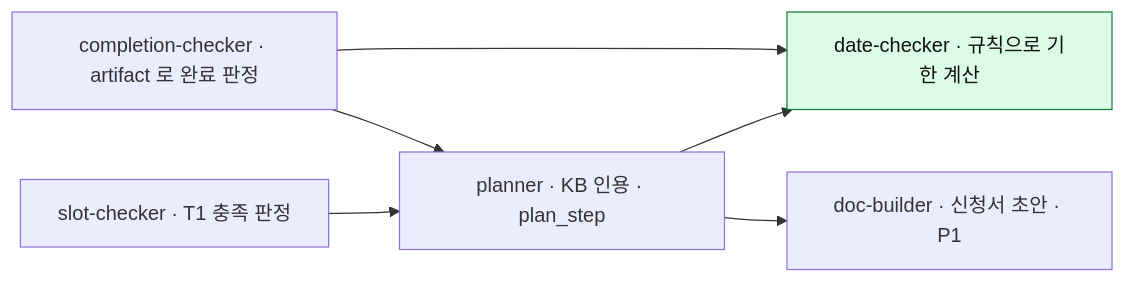
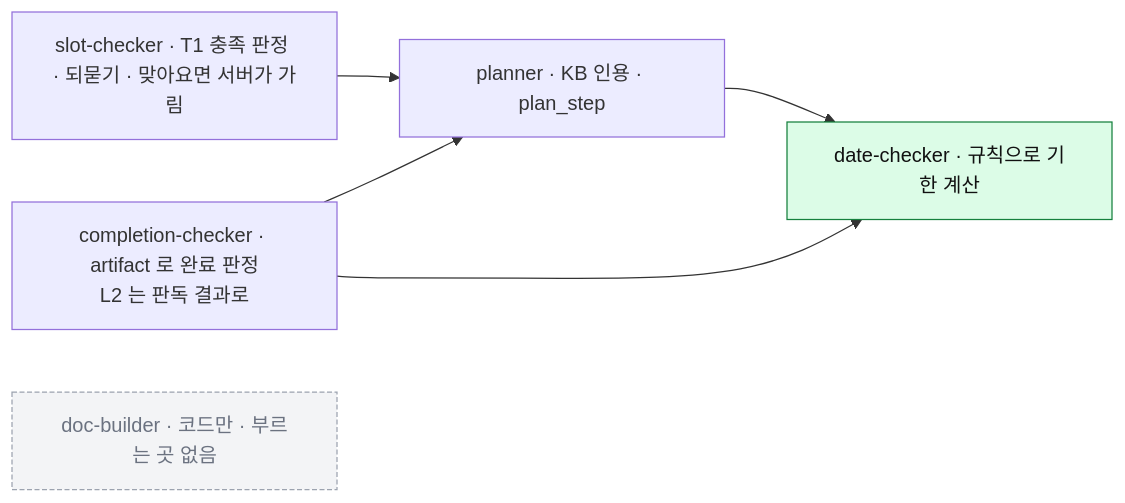
The fourth of 9 diagrams in ARCHITECTURE.md (Dojaegyum/fsec-ai-challenge), drawn with Mermaid before and after one commit. The commit also changed other lines of this file and 9 other files, not shown here.

First line of the commit message:
ARCHITECTURE.md 를 2026-09-06 main 기준으로 다시 쓴다 — 앱 밖 모델 서비스 · 볼트 · 크론 셋 · 실제 데이터 흐름을 그리고 미결 절은 없앤다 (doc-gardening 셋째 손질)

````diff
--- a/ARCHITECTURE.md
+++ b/ARCHITECTURE.md
@@ -209,10 +275,11 @@
 ```mermaid
 flowchart LR
-    SC["slot-checker · T1 충족 판정"] --> PL["planner · KB 인용 · plan_step"]
+    SC["slot-checker · T1 충족 판정 · 되묻기 · 맞아요면 서버가 가림"] --> PL["planner · KB 인용 · plan_step"]
     PL --> DC["date-checker · 규칙으로 기한 계산"]
-    COMP["completion-checker · artifact 로 완료 판정"] --> DC
+    COMP["completion-checker · artifact 로 완료 판정<br/>L2 는 판독 결과로"] --> DC
     COMP --> PL
-    PL --> DOC["doc-builder · 신청서 초안 · P1"]
+    DOC["doc-builder · 코드만 · 부르는 곳 없음"]
 
     style DC fill:#dcfce7,stroke:#15803d,color:#111
+    style DOC fill:#f3f4f6,stroke:#9ca3af,color:#6b7280,stroke-dasharray: 4 2
 ```
````
